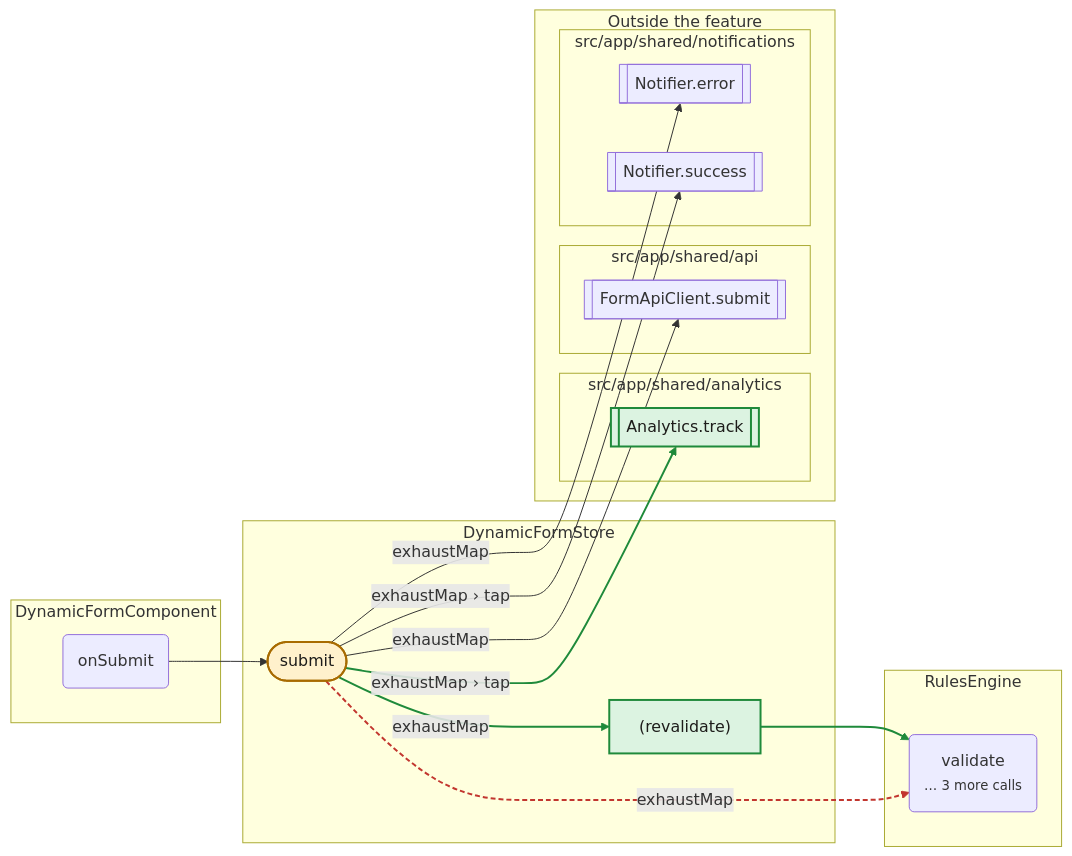
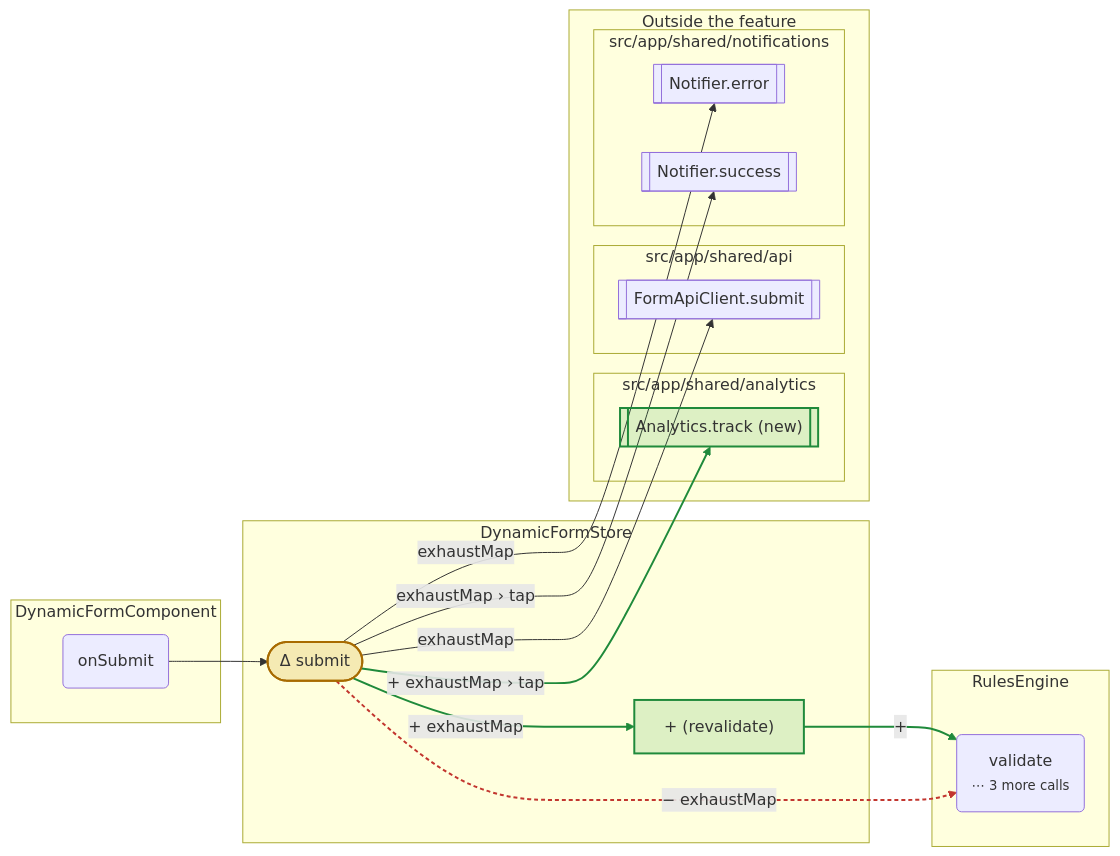
Before and after one commit to tstapleton/playground: the fourth of 6 diagrams in examples/callgraph-diff/comment.md, drawn with Mermaid. The commit also changed other lines of this file and 3 other files, not shown here.

First line of the commit message:
Regenerate the call graph demo, and note that signal-trace became plotline

````diff
--- a/examples/callgraph-diff/comment.md
+++ b/examples/callgraph-diff/comment.md
@@ -153,41 +202,41 @@
 ```mermaid
 flowchart LR
   subgraph g0["DynamicFormStore"]
-    n1["(revalidate)"]
-    n2(["submit"])
+    n1["+ (revalidate)"]
+    n2(["Δ submit"])
   end
   subgraph g1["DynamicFormComponent"]
     n0("onSubmit")
   end
   subgraph g2["RulesEngine"]
-    n3("validate<br/><small>… 3 more calls</small>")
+    n3("validate<br/><small>⋯ 3 more calls</small>")
   end
   subgraph outside["Outside the feature"]
     subgraph g3["src/app/shared/analytics"]
-      n4[["Analytics.track"]]
+      n4[["Analytics.track (new)"]]
     end
     subgraph g4["src/app/shared/api"]
       n5[["FormApiClient.submit"]]
     end
     subgraph g5["src/app/shared/notifications"]
       n6[["Notifier.error"]]
       n7[["Notifier.success"]]
     end
   end
   n0 --> n2
-  n1 --> n3
-  n2 -->|"exhaustMap"| n1
-  n2 -->|"exhaustMap"| n3
-  n2 -->|"exhaustMap › tap"| n4
+  n1 -->|"+"| n3
+  n2 -->|"+ exhaustMap"| n1
+  n2 -->|"− exhaustMap"| n3
+  n2 -->|"+ exhaustMap › tap"| n4
   n2 -->|"exhaustMap"| n5
   n2 -->|"exhaustMap"| n6
   n2 -->|"exhaustMap › tap"| n7
-  classDef added fill:#dcf3e1,stroke:#1f8a3b,stroke-width:2px,color:#1d1c1a
+  classDef added fill:#2ea04329,stroke:#1f8a3b,stroke-width:2px
   class n1,n4 added
-  classDef structural fill:#fff1cc,stroke:#a86b00,stroke-width:2px,color:#1d1c1a
-  class n2 structural
+  classDef changed fill:#d4a72c3d,stroke:#a86b00,stroke-width:2px
+  class n2 changed
   linkStyle 1 stroke:#1f8a3b,stroke-width:2px
   linkStyle 2 stroke:#1f8a3b,stroke-width:2px
-  linkStyle 3 stroke:#c2362f,stroke-width:2px,stroke-dasharray:5 3
+  linkStyle 3 stroke:#c2362f,stroke-width:2px,stroke-dasharray:4 3
   linkStyle 4 stroke:#1f8a3b,stroke-width:2px
 ```
````
